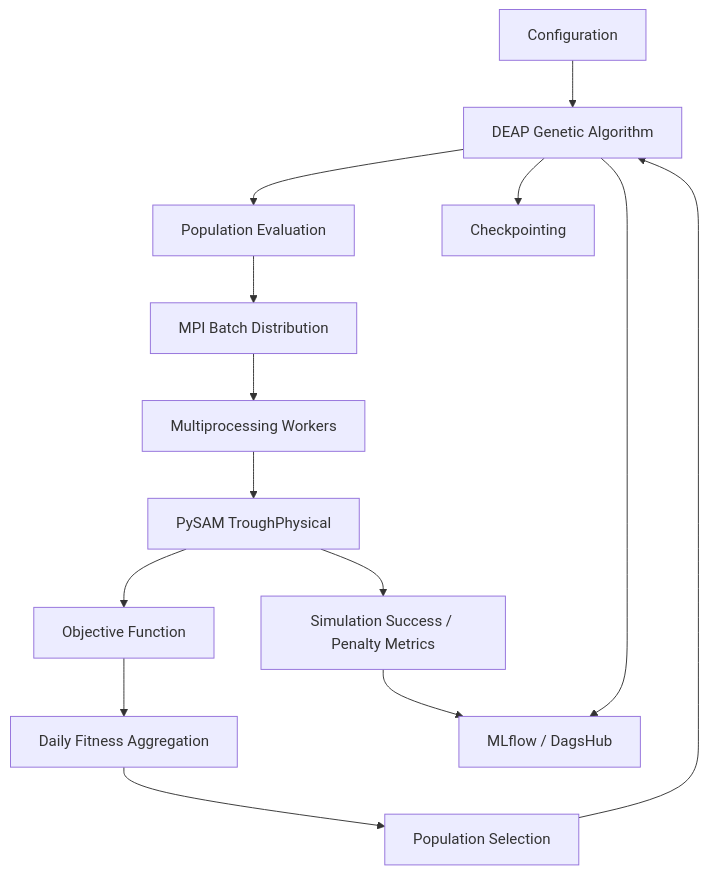
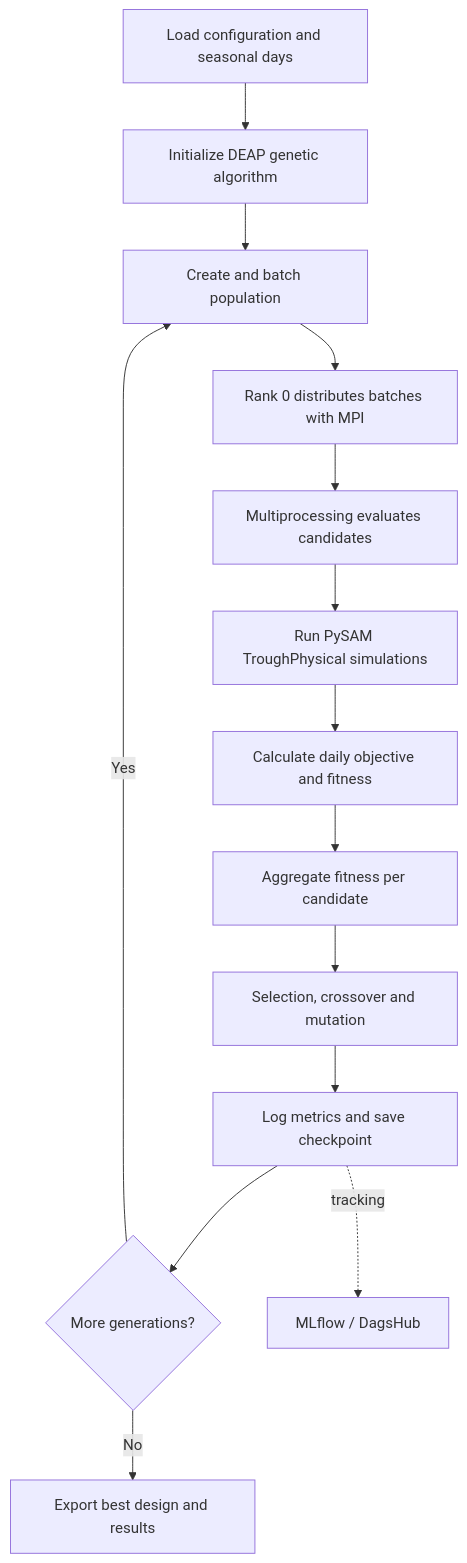
One commit to Ary0Darkk/NYS-Design-Optimisation-using-PySAM changed the diagram in Readme.md. Above: the diagram before and after it, drawn with Mermaid. The commit also changed other lines of this file, not shown here.

````diff
--- a/Readme.md
+++ b/Readme.md
@@ -65,16 +14,16 @@
-```mermaid
+``` mermaid
 flowchart TD
-    A[Configuration] --> B[DEAP Genetic Algorithm]
-    B --> C[Population Evaluation]
-    C --> D[MPI Batch Distribution]
-    D --> E[Multiprocessing Workers]
-    E --> F[PySAM TroughPhysical]
-    F --> G[Objective Function]
-    G --> H[Daily Fitness Aggregation]
-    H --> I[Population Selection]
-    I --> B
-    B --> J[Checkpointing]
-    B --> K[MLflow / DagsHub]
-    F --> L[Simulation Success / Penalty Metrics]
-    L --> K
+    A[Load configuration and seasonal days] --> B[Initialize DEAP genetic algorithm]
+    B --> C[Create and batch population]
+    C --> D[Rank 0 distributes batches with MPI]
+    D --> E[Multiprocessing evaluates candidates]
+    E --> F[Run PySAM TroughPhysical simulations]
+    F --> G[Calculate daily objective and fitness]
+    G --> H[Aggregate fitness per candidate]
+    H --> I[Selection, crossover and mutation]
+    I --> J[Log metrics and save checkpoint]
+    J --> K{More generations?}
+    K -- Yes --> C
+    K -- No --> L[Export best design and results]
+    J -. tracking .-> M[MLflow / DagsHub]
 ```
````
